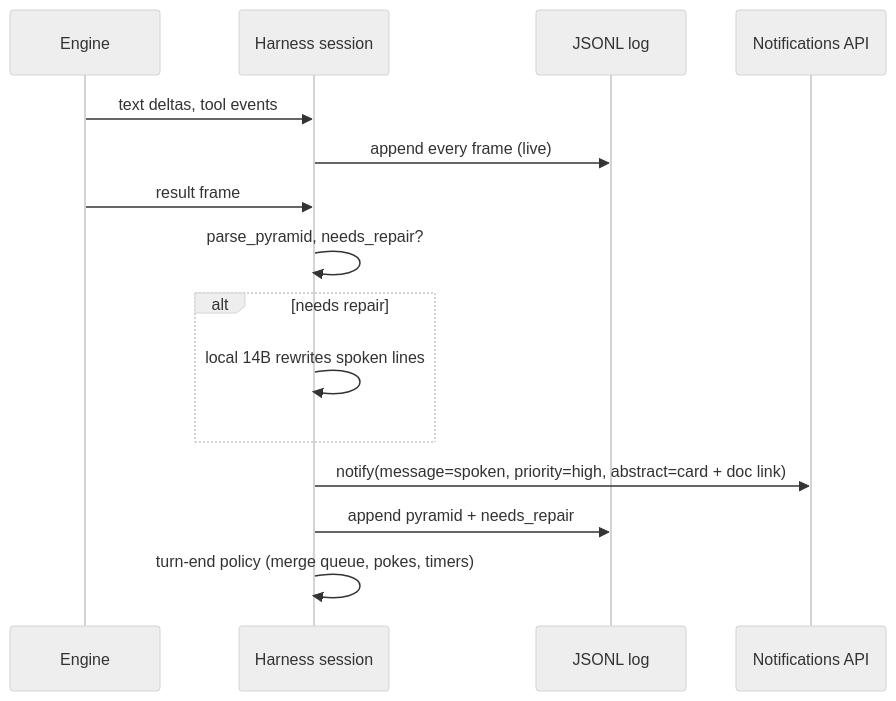
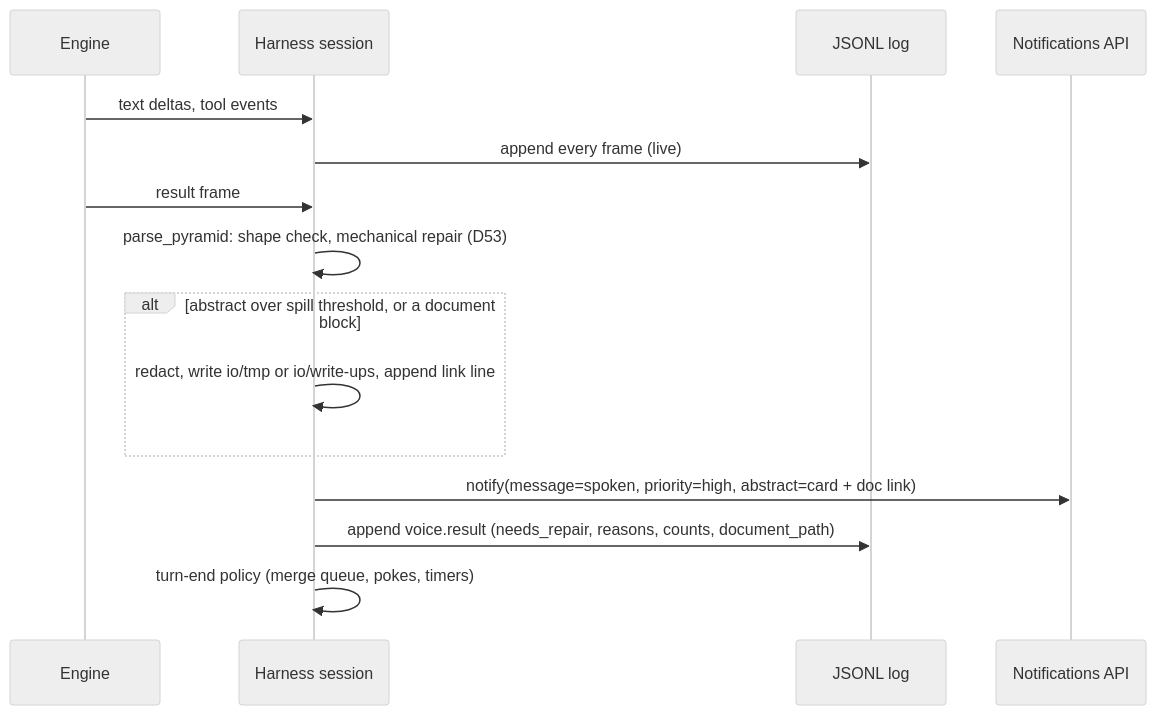
The fourth of 6 diagrams in src/rnd/v0.0.1/01-framework.md (deepily/unified-headless-wrapper), drawn with Mermaid (neutral theme) before and after one commit. The commit also changed other lines of this file and 7 other files, not shown here.

First line of the commit message:
Resolve T13 as D53: voice out, one format text, io/ documents, spill, mechanical repair

````diff
--- a/src/rnd/v0.0.1/01-framework.md
+++ b/src/rnd/v0.0.1/01-framework.md
@@ -469,17 +484,17 @@
 ```mermaid
 sequenceDiagram
     participant E as Engine
     participant H as Harness session
     participant L as JSONL log
     participant N as Notifications API
     E->>H: text deltas, tool events
     H->>L: append every frame (live)
     E->>H: result frame
-    H->>H: parse_pyramid, needs_repair?
-    alt needs repair
-        H->>H: local 14B rewrites spoken lines
+    H->>H: parse_pyramid: shape check, mechanical repair (D53)
+    alt abstract over spill threshold, or a document block
+        H->>H: redact, write io/tmp or io/write-ups, append link line
     end
     H->>N: notify(message=spoken, priority=high, abstract=card + doc link)
-    H->>L: append pyramid + needs_repair
+    H->>L: append voice.result (needs_repair, reasons, counts, document_path)
     H->>H: turn-end policy (merge queue, pokes, timers)
 ```
````
